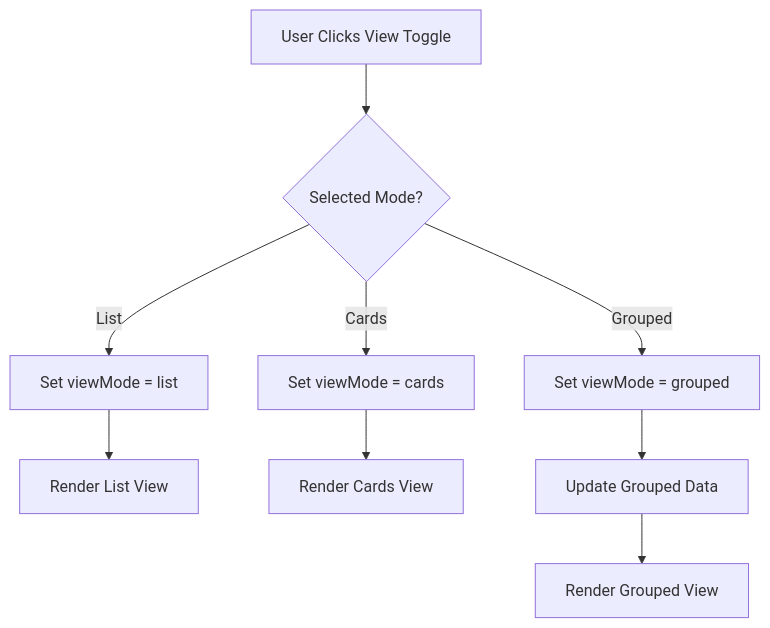
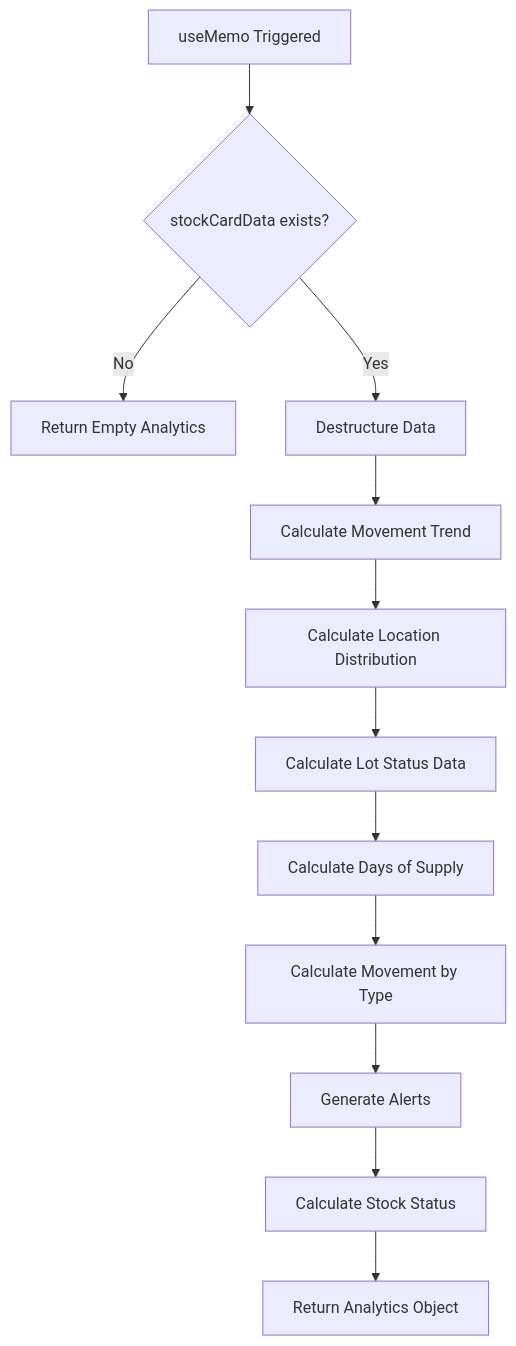
Before and after one commit to PeakMNA/carmen: the second of 16 diagrams in docs/app/inventory-management/stock-overview/stock-cards/FD-stock-cards.md, drawn with Mermaid. The commit also changed other lines of this file and 473 other files, not shown here.

````diff
--- a/docs/app/inventory-management/stock-overview/stock-cards/FD-stock-cards.md
+++ b/docs/app/inventory-management/stock-overview/stock-cards/FD-stock-cards.md
@@ -35,11 +43,14 @@
 ```mermaid
 flowchart TD
-    A[User Clicks View Toggle] --> B{Selected Mode?}
-    B -->|List| C[Set viewMode = list]
-    B -->|Cards| D[Set viewMode = cards]
-    B -->|Grouped| E[Set viewMode = grouped]
-    C --> F[Render List View]
-    D --> G[Render Cards View]
-    E --> H[Update Grouped Data]
-    H --> I[Render Grouped View]
+    A[useMemo Triggered] --> B{stockCardData exists?}
+    B -->|No| C[Return Empty Analytics]
+    B -->|Yes| D[Destructure Data]
+    D --> E[Calculate Movement Trend]
+    E --> F[Calculate Location Distribution]
+    F --> G[Calculate Lot Status Data]
+    G --> H[Calculate Days of Supply]
+    H --> I[Calculate Movement by Type]
+    I --> J[Generate Alerts]
+    J --> K[Calculate Stock Status]
+    K --> L[Return Analytics Object]
 ```
````
